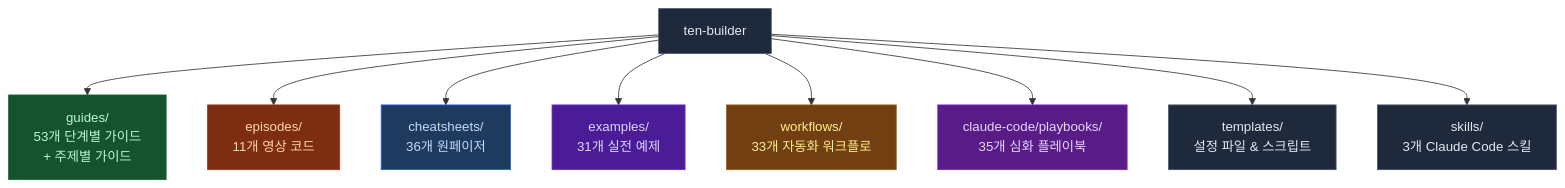
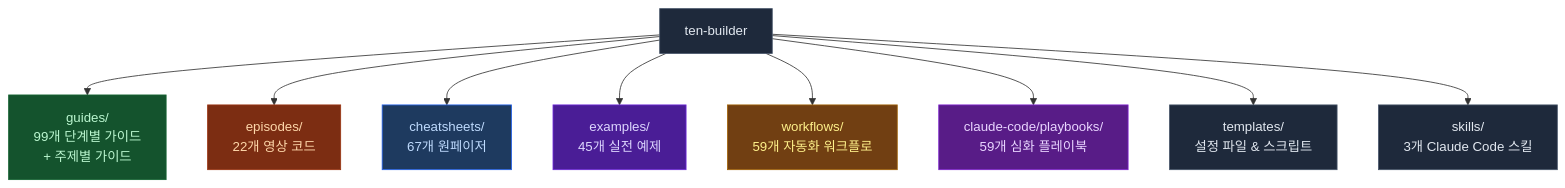
One commit to ten-builder/ten-builder changed the first of 2 diagrams in README.md. Above: the diagram before and after it, drawn with Mermaid. The commit also changed other lines of this file, not shown here.

First line of the commit message:
docs: README sync -- guides 84-91, EP19-22, playbooks 61-64, new workflows (#200)

````diff
--- a/README.md
+++ b/README.md
@@ -23,21 +23,21 @@
 ```mermaid
 flowchart TD
-    R["ten-builder"] --> G["guides/\n53개 단계별 가이드\n+ 주제별 가이드"]
-    R --> E["episodes/\n11개 영상 코드"]
-    R --> C["cheatsheets/\n36개 원페이저"]
-    R --> EX["examples/\n31개 실전 예제"]
-    R --> W["workflows/\n33개 자동화 워크플로"]
-    R --> P["claude-code/playbooks/\n35개 심화 플레이북"]
+    R["ten-builder"] --> G["guides/\n99개 단계별 가이드\n+ 주제별 가이드"]
+    R --> E["episodes/\n22개 영상 코드"]
+    R --> C["cheatsheets/\n67개 원페이저"]
+    R --> EX["examples/\n45개 실전 예제"]
+    R --> W["workflows/\n59개 자동화 워크플로"]
+    R --> P["claude-code/playbooks/\n59개 심화 플레이북"]
     R --> T["templates/\n설정 파일 & 스크립트"]
     R --> S["skills/\n3개 Claude Code 스킬"]
 
     style R fill:#1e293b,stroke:#475569,color:#e2e8f0
     style G fill:#14532d,stroke:#166534,color:#bbf7d0
     style E fill:#7c2d12,stroke:#9a3412,color:#fed7aa
     style C fill:#1e3a5f,stroke:#2563eb,color:#bfdbfe
     style EX fill:#4a1d96,stroke:#6d28d9,color:#ddd6fe
     style W fill:#713f12,stroke:#a16207,color:#fef08a
     style P fill:#581c87,stroke:#7e22ce,color:#e9d5ff
     style T fill:#1e293b,stroke:#475569,color:#e2e8f0
     style S fill:#1e293b,stroke:#475569,color:#e2e8f0
 ```
````
